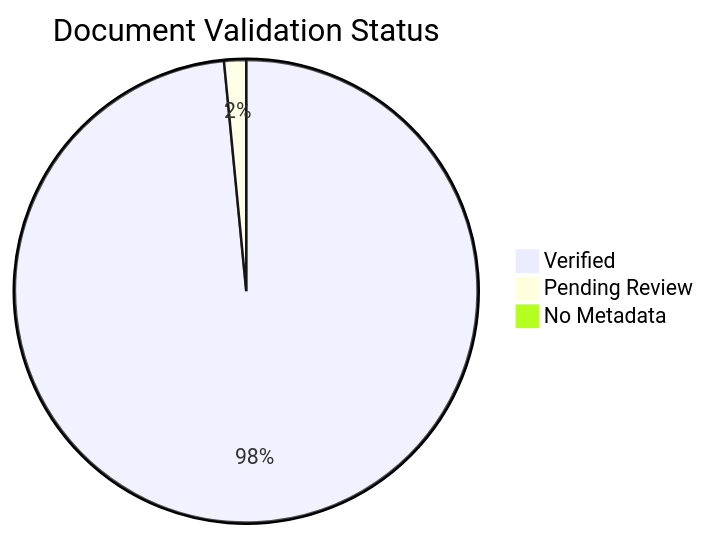
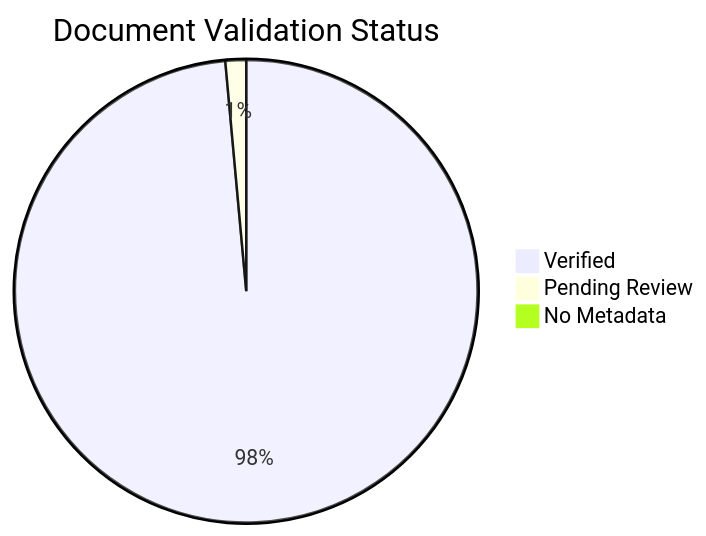
One commit to yeongseon/azure-container-apps-practical-guide changed the diagram in docs/reference/content-validation-status.md. Above: the diagram before and after it, drawn with Mermaid. The commit also changed other lines of this file and 12 other files, not shown here.

````diff
--- a/docs/reference/content-validation-status.md
+++ b/docs/reference/content-validation-status.md
@@ -35,6 +35,6 @@
 ```mermaid
 pie title Document Validation Status
-    "Verified" : 128
+    "Verified" : 136
     "Pending Review" : 2
     "No Metadata" : 1
 ```
````
